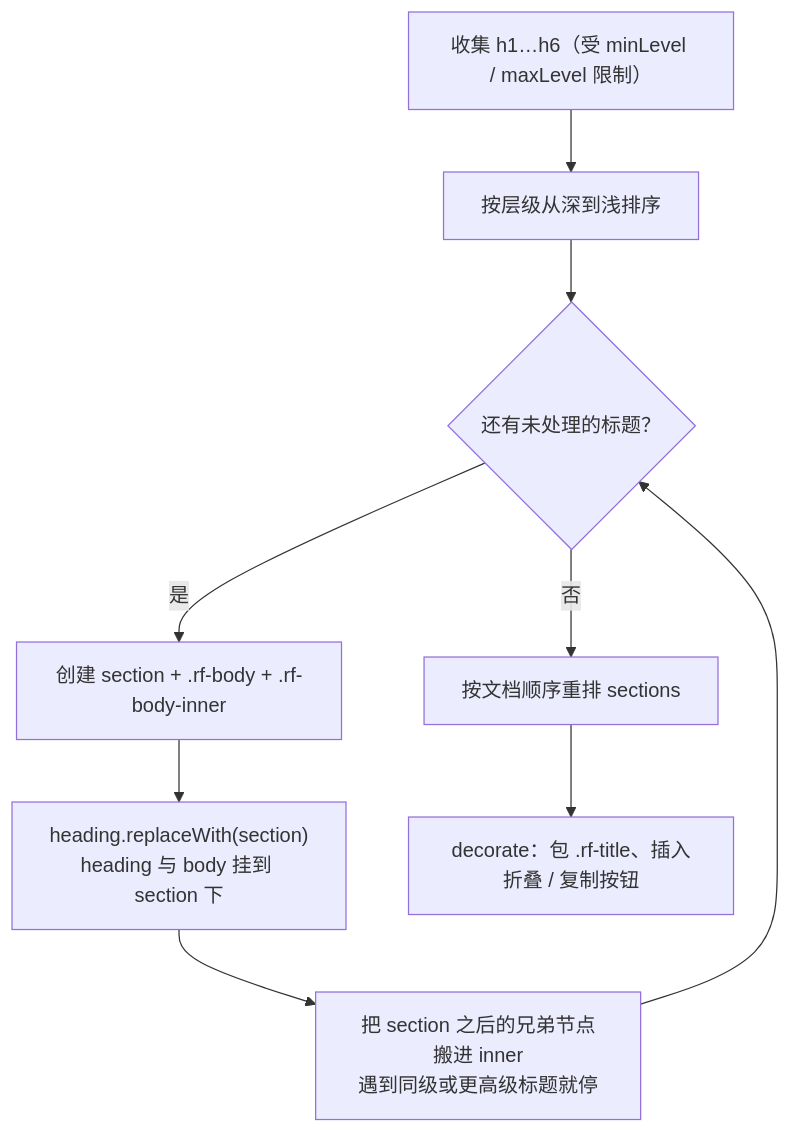
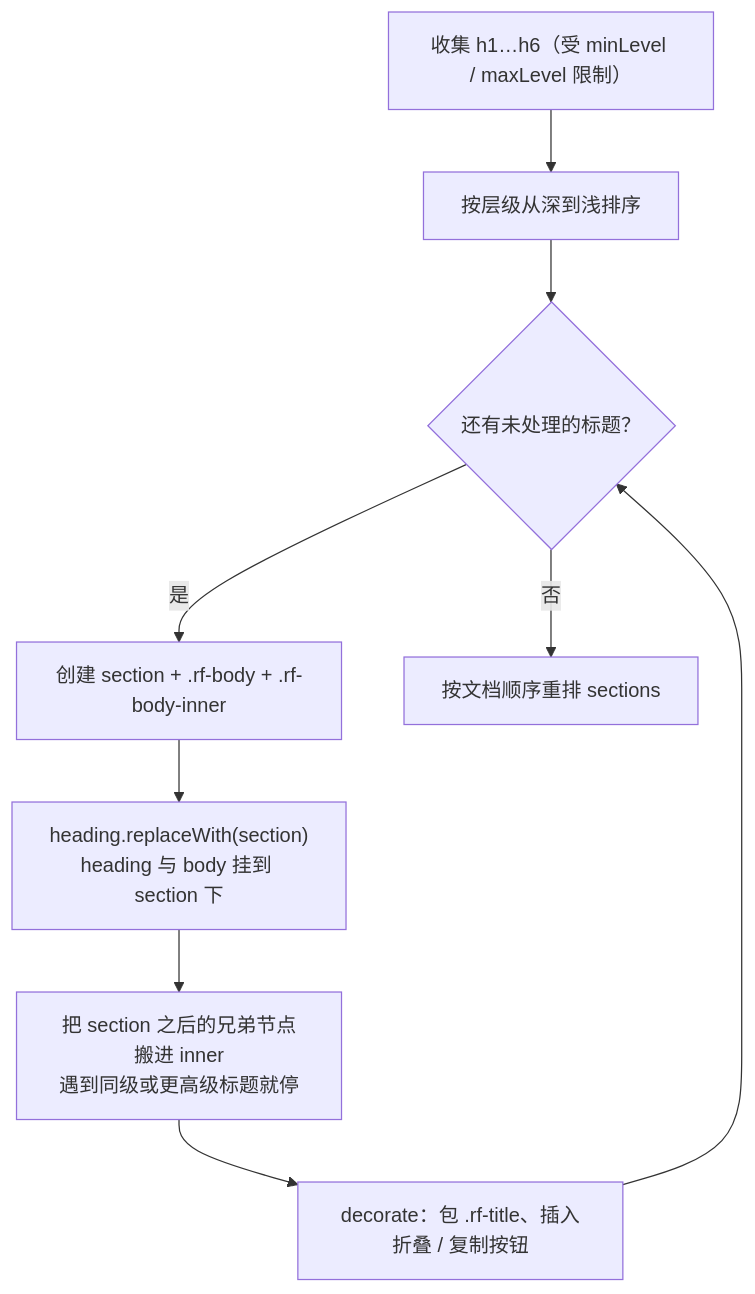
One commit to mulezi1029/Demo changed the third of 9 diagrams in collapsible-doc-reader/docs/implementation.md. Above: the diagram before and after it, drawn with Mermaid. The commit also changed other lines of this file and 1 other file, not shown here.

````diff
--- a/collapsible-doc-reader/docs/implementation.md
+++ b/collapsible-doc-reader/docs/implementation.md
@@ -61,11 +76,11 @@
 ```mermaid
 flowchart TD
   start["收集 h1…h6（受 minLevel / maxLevel 限制）"] --> sort["按层级从深到浅排序"]
   sort --> loop{"还有未处理的标题？"}
   loop -->|是| make["创建 section + .rf-body + .rf-body-inner"]
   make --> place["heading.replaceWith(section)<br/>heading 与 body 挂到 section 下"]
   place --> move["把 section 之后的兄弟节点搬进 inner<br/>遇到同级或更高级标题就停"]
-  move --> loop
+  move --> decorate["decorate：包 .rf-title、插入折叠 / 复制按钮"]
+  decorate --> loop
   loop -->|否| order["按文档顺序重排 sections"]
-  order --> decorate["decorate：包 .rf-title、插入折叠 / 复制按钮"]
 ```
````
